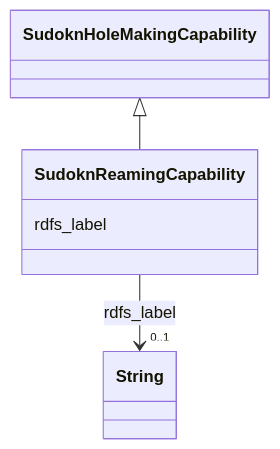
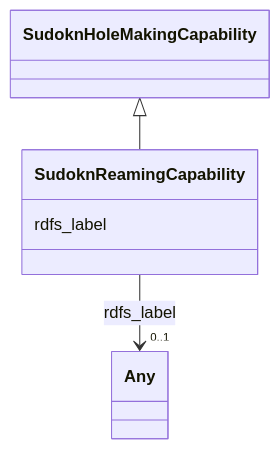
Before and after one commit to frink-okn/graph-descriptions: the diagram in sudokn-kg/classes/SudoknReamingCapability.md, drawn with Mermaid. The commit also changed other lines of this file and 903 other files, not shown here.

````diff
--- a/sudokn-kg/classes/SudoknReamingCapability.md
+++ b/sudokn-kg/classes/SudoknReamingCapability.md
@@ -23,18 +18,18 @@
 ```mermaid
  classDiagram
     class SudoknReamingCapability
     click SudoknReamingCapability href "../SudoknReamingCapability"
       SudoknHoleMakingCapability <|-- SudoknReamingCapability
         click SudoknHoleMakingCapability href "../SudoknHoleMakingCapability"
       
       SudoknReamingCapability : rdfs_label
         
           
     
     
-    SudoknReamingCapability --> "0..1" String : rdfs_label
-    click String href "../String"
+    SudoknReamingCapability --> "0..1" Any : rdfs_label
+    click Any href "../Any"
 
         
       
 ```
````
